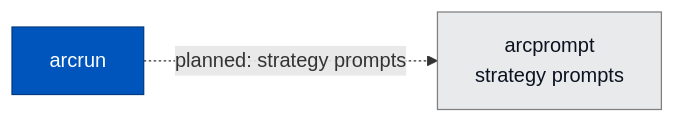
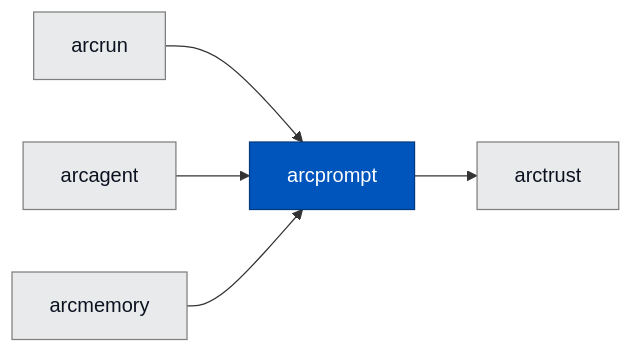
One commit to joshuamschultz/Arc changed the diagram in packages/arcprompt/README.md. Above: the diagram before and after it, drawn with Mermaid. The commit also changed other lines of this file and 117 other files, not shown here.

First line of the commit message:
feat: editable, signed, inspectable system prompts (arcprompt)

````diff
--- a/packages/arcprompt/README.md
+++ b/packages/arcprompt/README.md
@@ -27,7 +53,10 @@
 ```mermaid
 flowchart LR
-    classDef runtime fill:#0055BC,stroke:#003B82,color:#FFFFFF
-    classDef other fill:#E9EAEB,stroke:#7F7F7F,color:#0B1220
+    classDef leaf fill:#0055BC,stroke:#003B82,color:#FFFFFF
+    classDef consumer fill:#E9EAEB,stroke:#7F7F7F,color:#0B1220
 
-    arcrun[arcrun]:::runtime -. "planned: strategy prompts" .-> arcprompt[arcprompt<br/>strategy prompts]:::other
+    arcrun[arcrun]:::consumer --> arcprompt[arcprompt]:::leaf
+    arcagent[arcagent]:::consumer --> arcprompt
+    arcmemory[arcmemory]:::consumer --> arcprompt
+    arcprompt --> arctrust[arctrust]:::consumer
 ```
````
